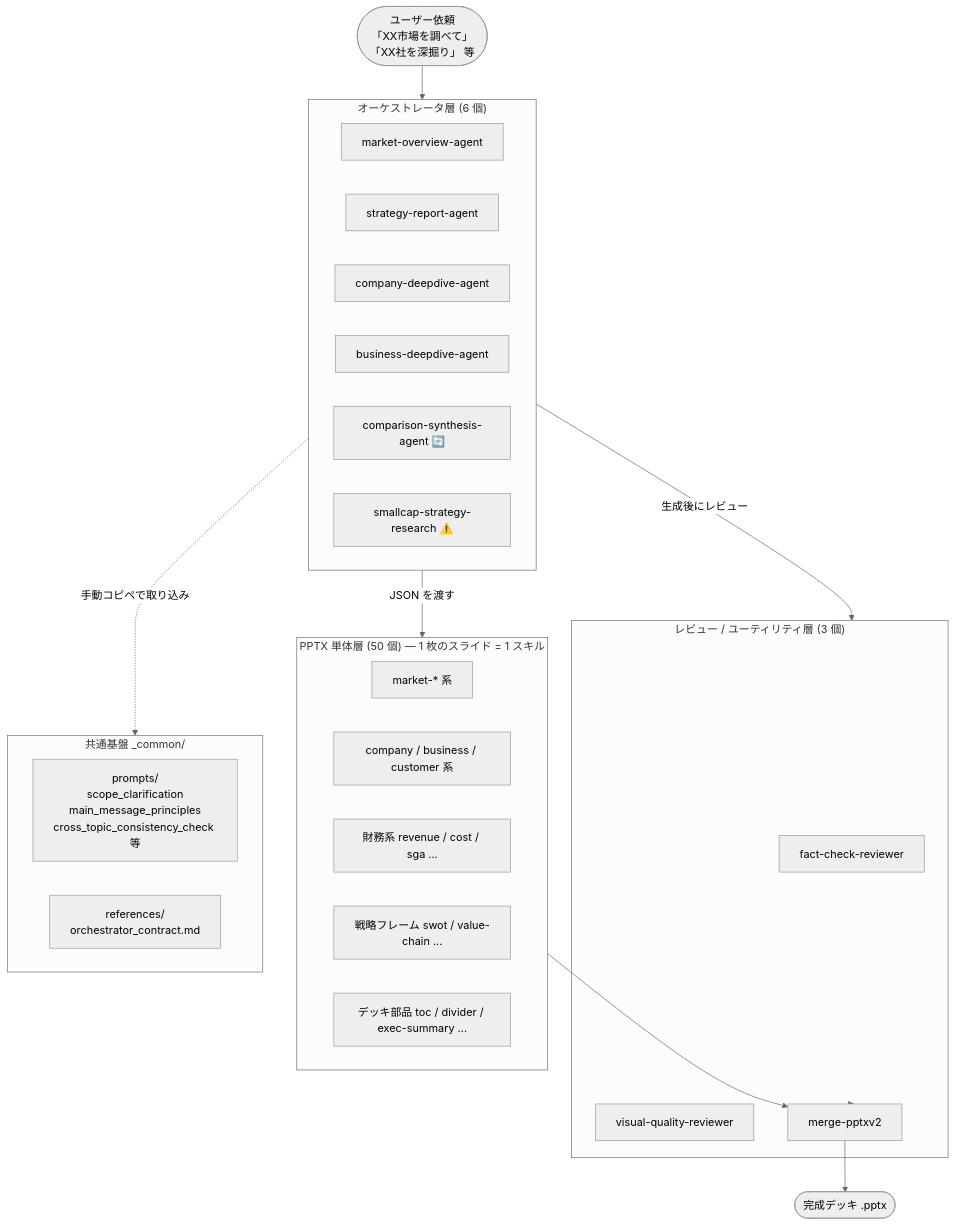
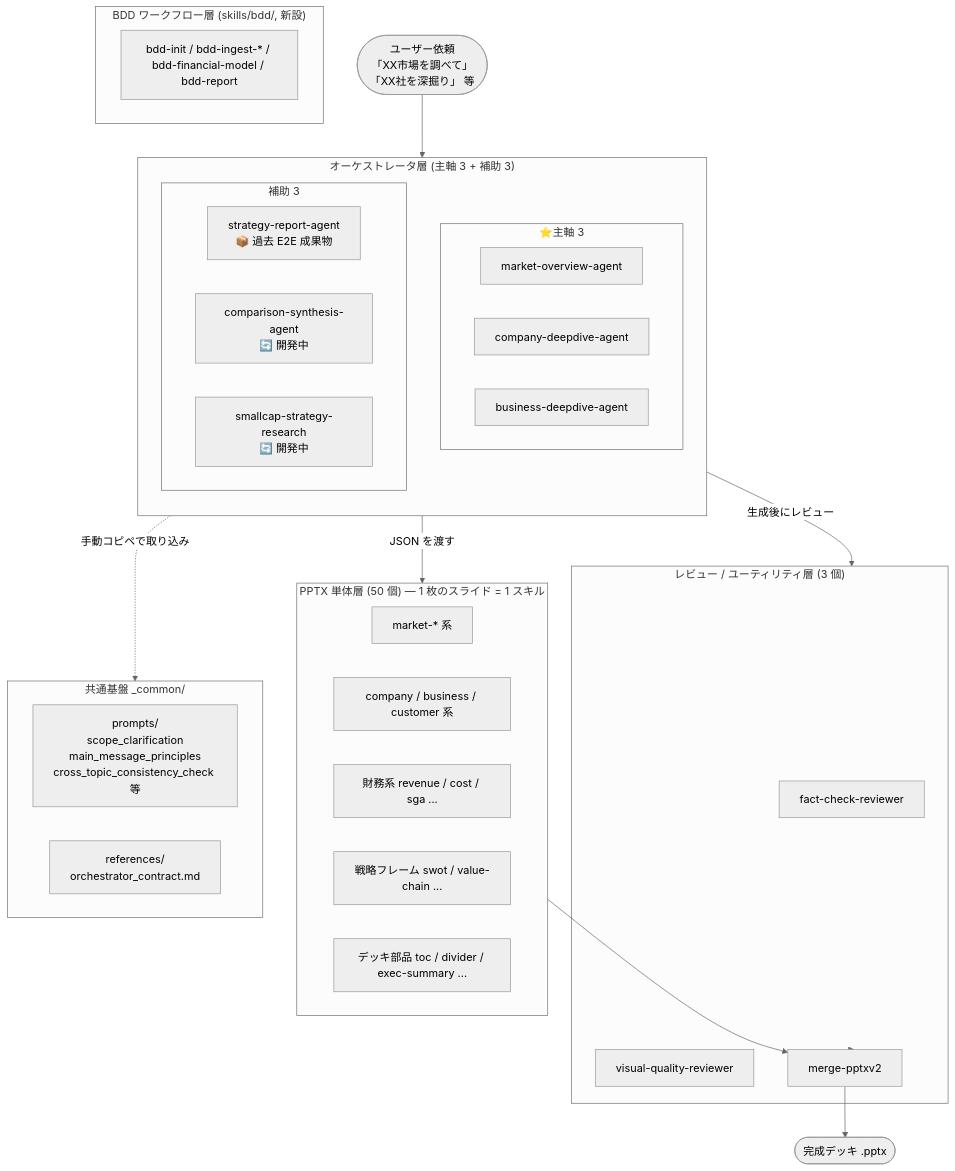
The first of 2 diagrams in docs/skills_factory_overview.md (marucoXXX/skills-factory), drawn with Mermaid (neutral theme) before and after one commit. The commit also changed other lines of this file, not shown here.

First line of the commit message:
docs(overview): 主軸 3 + 補助 3 体制への再整理 (2026-05-01 スナップショット)

````diff
--- a/docs/skills_factory_overview.md
+++ b/docs/skills_factory_overview.md
@@ -32,40 +34,49 @@
 ```mermaid
 flowchart TB
     User([ユーザー依頼<br/>「XX市場を調べて」<br/>「XX社を深掘り」 等])
 
-    subgraph Orchestrator["オーケストレータ層 (6 個)"]
-        MO[market-overview-agent]
-        SR[strategy-report-agent]
-        CD[company-deepdive-agent]
-        BD[business-deepdive-agent]
-        CS[comparison-synthesis-agent 🔄]
-        SC[smallcap-strategy-research ⚠️]
+    subgraph Orchestrator["オーケストレータ層 (主軸 3 + 補助 3)"]
+        direction TB
+        subgraph Main["⭐主軸 3"]
+            MO[market-overview-agent]
+            CD[company-deepdive-agent]
+            BD[business-deepdive-agent]
+        end
+        subgraph Sub["補助 3"]
+            SR[strategy-report-agent<br/>📦 過去 E2E 成果物]
+            CS[comparison-synthesis-agent<br/>🔄 開発中]
+            SC[smallcap-strategy-research<br/>🔄 開発中]
+        end
     end
 
     subgraph PPTX["PPTX 単体層 (50 個) — 1 枚のスライド = 1 スキル"]
         P1[market-* 系]
         P2[company / business / customer 系]
         P3[財務系 revenue / cost / sga ...]
         P4[戦略フレーム swot / value-chain ...]
         P5[デッキ部品 toc / divider / exec-summary ...]
     end
 
     subgraph Review["レビュー / ユーティリティ層 (3 個)"]
         FC[fact-check-reviewer]
         VR[visual-quality-reviewer]
         MG[merge-pptxv2]
     end
 
+    subgraph BDD["BDD ワークフロー層 (skills/bdd/, 新設)"]
+        BI[bdd-init / bdd-ingest-* / bdd-financial-model / bdd-report]
+    end
+
     subgraph Common["共通基盤 _common/"]
         CP[prompts/<br/>scope_clarification<br/>main_message_principles<br/>cross_topic_consistency_check 等]
         CR[references/<br/>orchestrator_contract.md]
     end
 
     User --> Orchestrator
     Orchestrator -->|JSON を渡す| PPTX
     Orchestrator -.->|手動コピペで取り込み| Common
     Orchestrator -->|生成後にレビュー| Review
     PPTX --> MG
     Review --> MG
     MG --> Final([完成デッキ .pptx])
 ```
````
